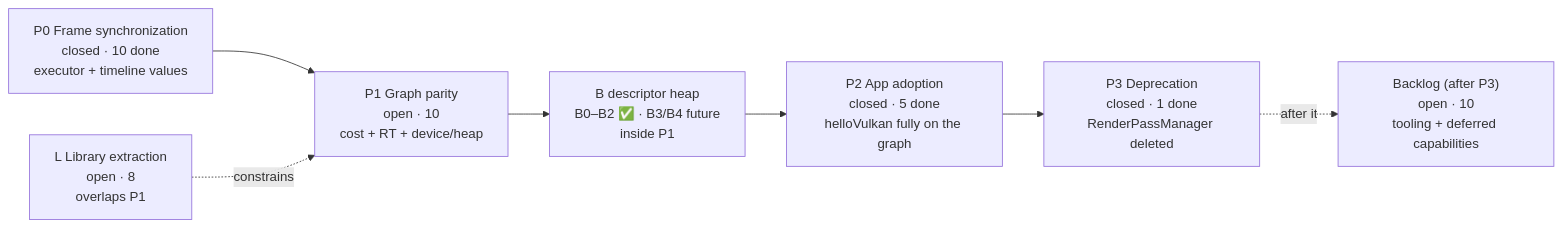
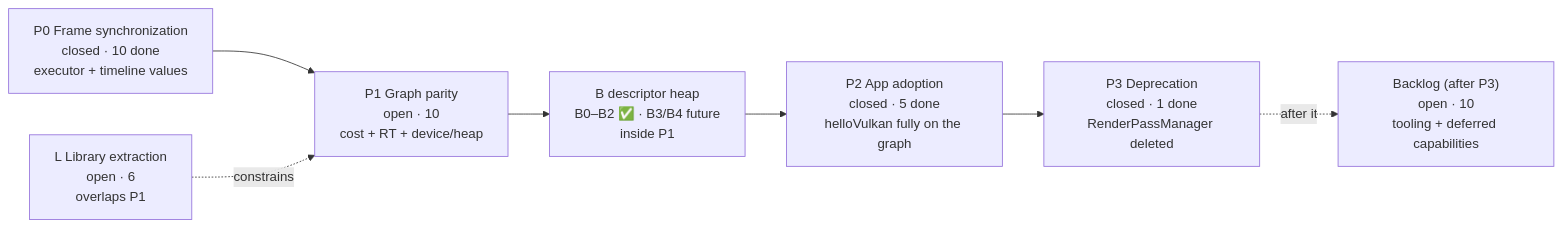
Before and after one commit to v3c70r/Muyo: the first of 2 diagrams in docs/Roadmap-Visual.md, drawn with Mermaid. The commit also changed other lines of this file, not shown here.

First line of the commit message:
docs: recompute the Roadmap-Visual counts instead of decrementing them (#286 P1/P3)

````diff
--- a/docs/Roadmap-Visual.md
+++ b/docs/Roadmap-Visual.md
@@ -22,13 +24,13 @@
 ```mermaid
 flowchart LR
     P0["P0 Frame synchronization<br/>closed · 10 done<br/>executor + timeline values"]
     P1["P1 Graph parity<br/>open · 10<br/>cost + RT + device/heap"]
     B["B descriptor heap<br/>B0–B2 ✅ · B3/B4 future<br/>inside P1"]
     P2["P2 App adoption<br/>closed · 5 done<br/>helloVulkan fully on the graph"]
     P3["P3 Deprecation<br/>closed · 1 done<br/>RenderPassManager deleted"]
-    L["L Library extraction<br/>open · 8<br/>overlaps P1"]
+    L["L Library extraction<br/>open · 6<br/>overlaps P1"]
     BL["Backlog (after P3)<br/>open · 10<br/>tooling + deferred capabilities"]
     P0 --> P1 --> B --> P2 --> P3
     L -. constrains .-> P1
     P3 -. after it .-> BL
 ```
````
